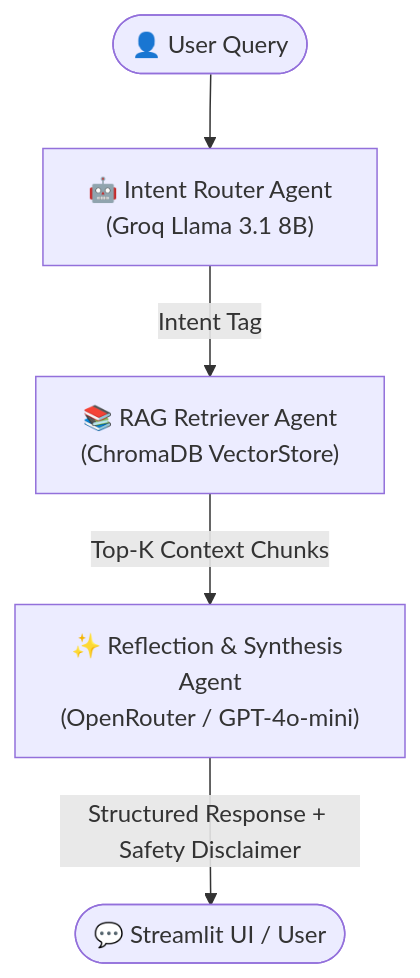
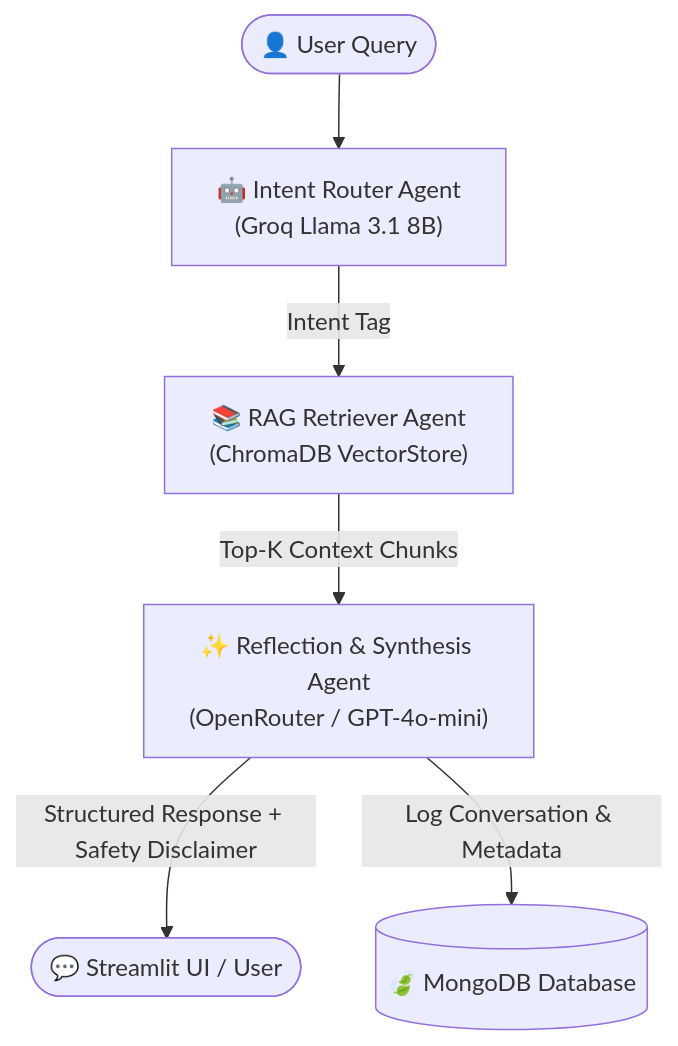
Before and after one commit to Thanujnimsara/Sri-Lankan-Hospital-Appointment-Assistant: the diagram in README.md, drawn with Mermaid. The commit also changed other lines of this file and 3 other files, not shown here.

````diff
--- a/README.md
+++ b/README.md
@@ -27,7 +27,8 @@
 ```mermaid
 graph TD
     User([👤 User Query]) --> Router["🤖 Intent Router Agent\n(Groq Llama 3.1 8B)"]
     Router -->|Intent Tag| RAG["📚 RAG Retriever Agent\n(ChromaDB VectorStore)"]
     RAG -->|Top-K Context Chunks| Synthesizer["✨ Reflection & Synthesis Agent\n(OpenRouter / GPT-4o-mini)"]
     Synthesizer -->|Structured Response + Safety Disclaimer| Output([💬 Streamlit UI / User])
+    Synthesizer -->|Log Conversation & Metadata| DB[(🍃 MongoDB Database)]
 ```
````
